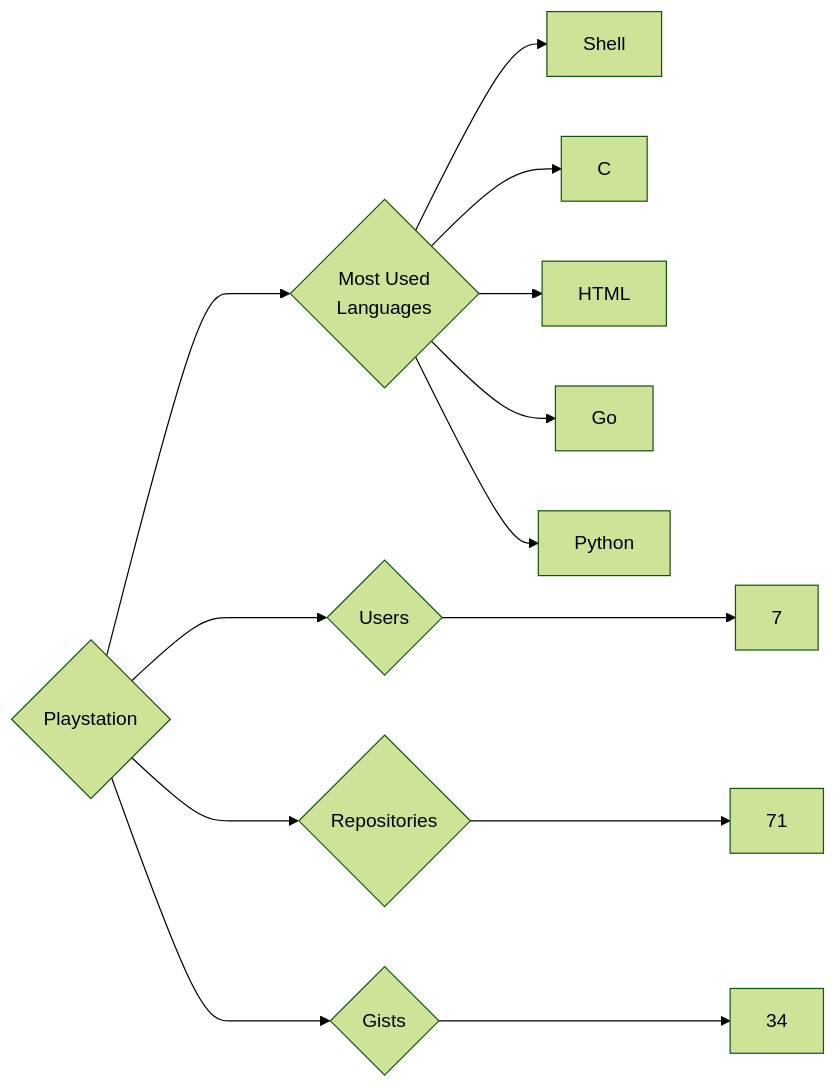
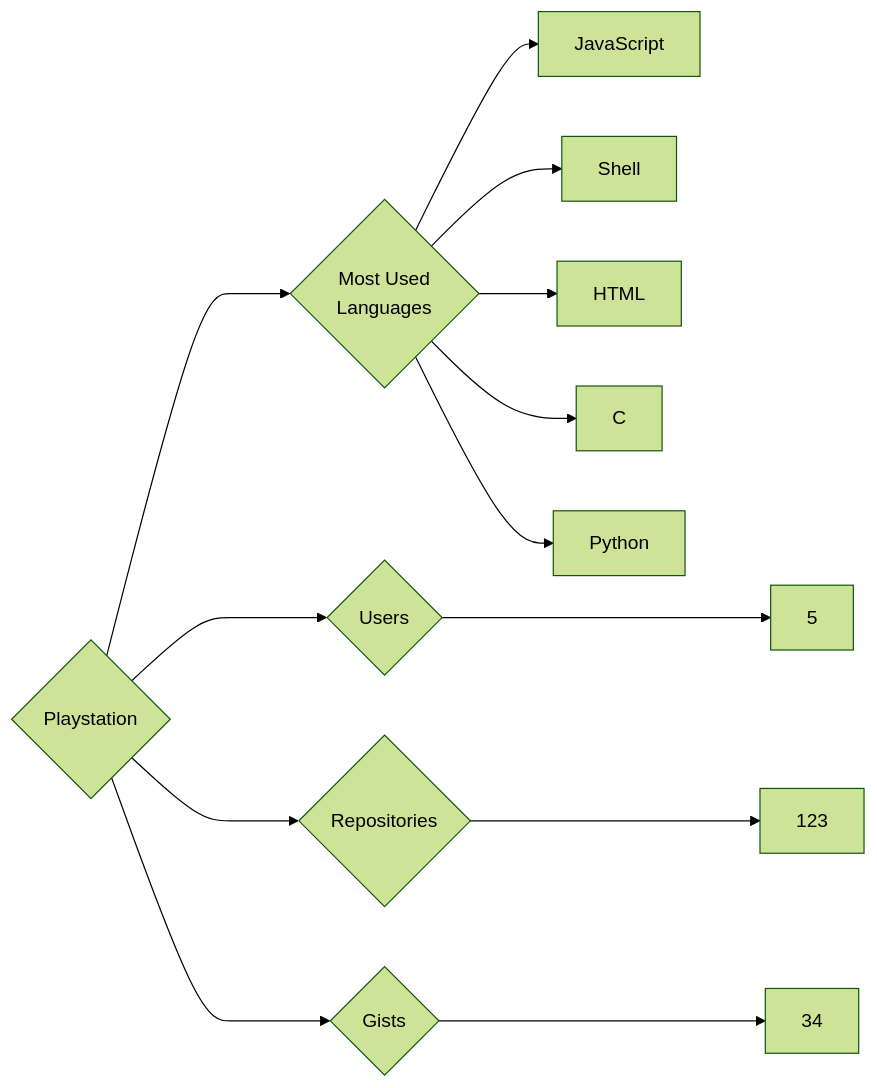
Before and after one commit to trickest/insiders: the diagram in targets/Playstation/README.md, drawn with Mermaid (forest theme). The commit also changed 1248 other files, not shown here.

````diff
--- a/targets/Playstation/README.md
+++ b/targets/Playstation/README.md
@@ -3,13 +3,13 @@
 ```mermaid
 graph LR
 COMPANY_NAME{Playstation}
-COMPANY_NAME ---> U{Users} ---> UN[7]
-COMPANY_NAME ---> R{Repositories} ---> RN[71]
+COMPANY_NAME ---> U{Users} ---> UN[5]
+COMPANY_NAME ---> R{Repositories} ---> RN[123]
 COMPANY_NAME ---> G{Gists} ---> GN[34]
 COMPANY_NAME ---> ML{Most Used<br>Languages}
+ML --> JavaScript[JavaScript]
 ML --> Shell[Shell]
+ML --> HTML[HTML]
 ML --> C[C]
-ML --> HTML[HTML]
-ML --> Go[Go]
 ML --> Python[Python]
 ```
````
